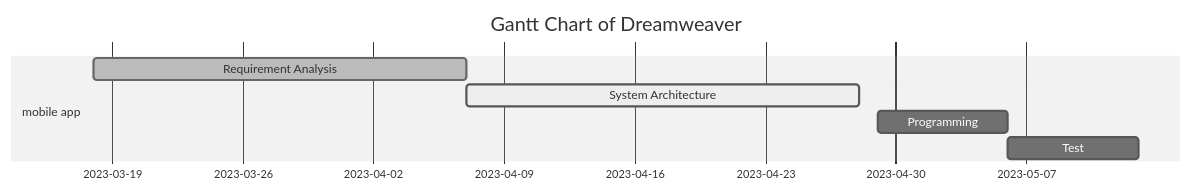
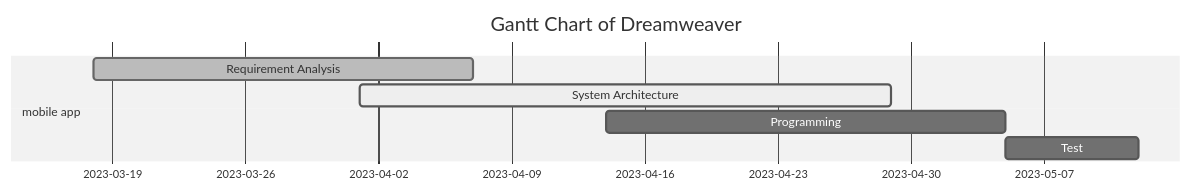
Before and after one commit to DreamweaverDSD/DSD: the diagram in README.md, drawn with Mermaid (neutral theme).

````diff
--- a/README.md
+++ b/README.md
@@ -57,10 +57,10 @@
 ```mermaid
 gantt
 title Gantt Chart of Dreamweaver
 dateFormat YY-MM-DD
 section mobile app
-Requirement Analysis  :done, requirement analysis, 23-03-18,23-04-07
-System Architecture   :active, system architecture, 23-04-07, 21d
-Programming           :programming, 23-04-29, 7d
+Requirement Analysis  :done, requirement analysis, 23-03-18, 23-04-07
+System Architecture   :active, system architecture, 23-04-01, 28d
+Programming           :programming, 23-04-14, 21d
 Test                  :test, after programming, 7d
 ```
````
